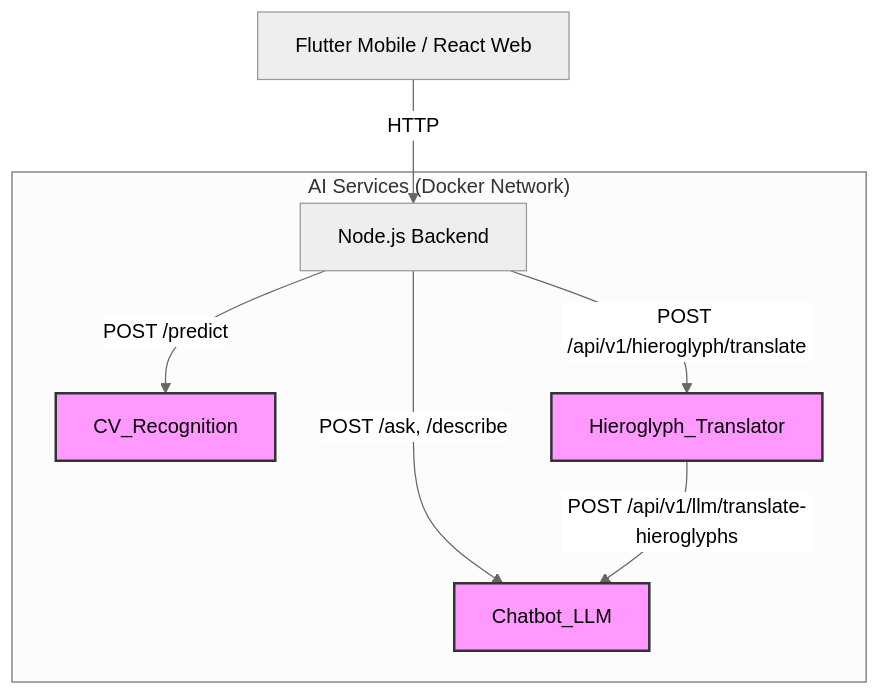
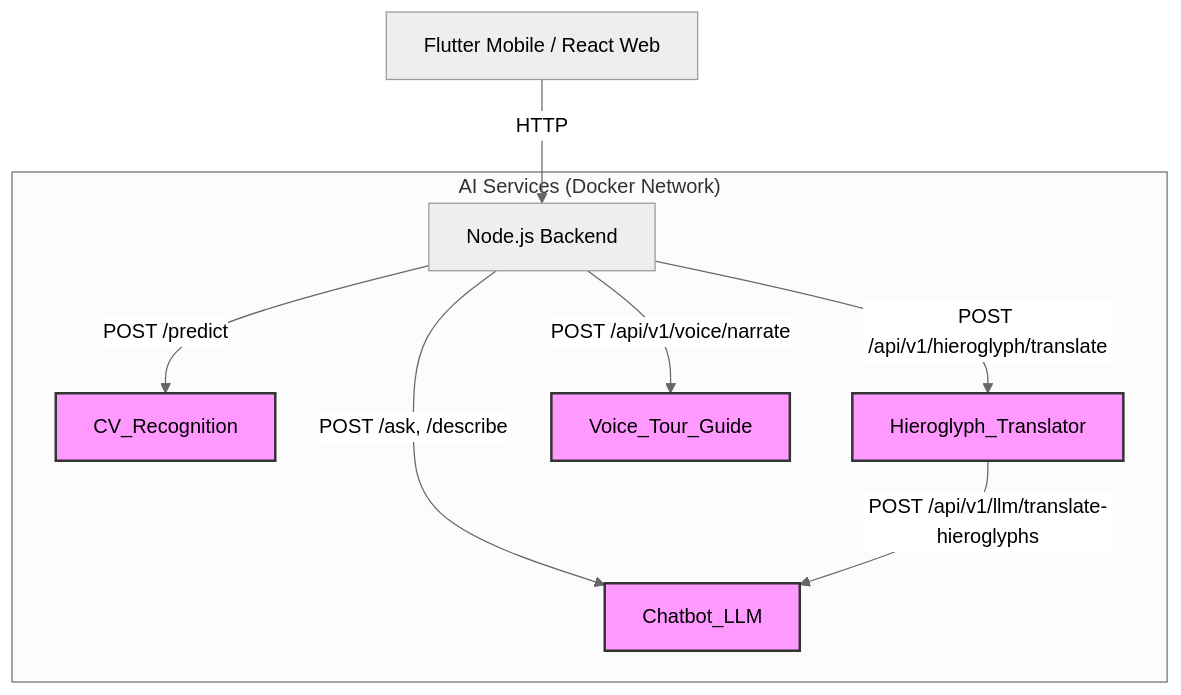
Before and after one commit to AlphaTeam-Khemet/ai_services: the diagram in README.md, drawn with Mermaid (neutral theme). The commit also changed other lines of this file and 43 other files, not shown here.

````diff
--- a/README.md
+++ b/README.md
@@ -39,15 +49,16 @@
 ```mermaid
 graph TD
     Client[Flutter Mobile / React Web] -->|HTTP| Backend[Node.js Backend]
 
     subgraph "AI Services (Docker Network)"
         Backend -->|POST /predict| CV_Recognition
         Backend -->|POST /api/v1/hieroglyph/translate| Hieroglyph_Translator
         Backend -->|POST /ask, /describe| Chatbot_LLM
+        Backend -->|POST /api/v1/voice/narrate| Voice_Tour_Guide
 
         Hieroglyph_Translator -->|POST /api/v1/llm/translate-hieroglyphs| Chatbot_LLM
     end
 
     classDef service fill:#f9f,stroke:#333,stroke-width:2px;
-    class CV_Recognition,Chatbot_LLM,Hieroglyph_Translator service;
+    class CV_Recognition,Chatbot_LLM,Hieroglyph_Translator,Voice_Tour_Guide service;
 ```
````
